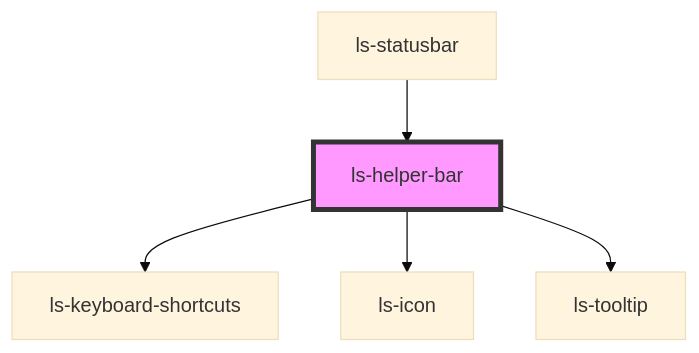
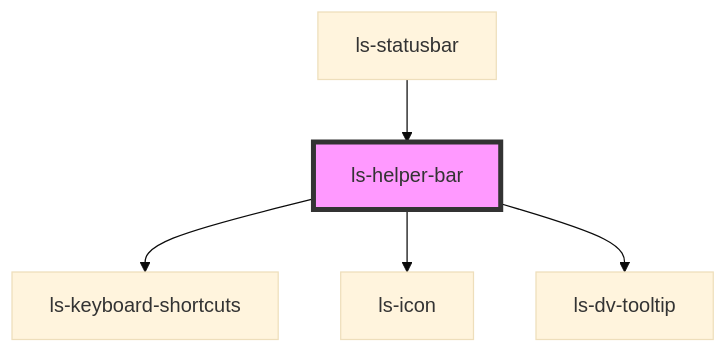
One commit to legalesign/ls-document-viewer changed the diagram in src/components/ls-helper-bar/readme.md. Above: the diagram before and after it, drawn with Mermaid (base theme). The commit also changed other lines of this file and 23 other files, not shown here.

````diff
--- a/src/components/ls-helper-bar/readme.md
+++ b/src/components/ls-helper-bar/readme.md
@@ -29,8 +29,8 @@
 ```mermaid
 graph TD;
   ls-helper-bar --> ls-keyboard-shortcuts
   ls-helper-bar --> ls-icon
-  ls-helper-bar --> ls-tooltip
+  ls-helper-bar --> ls-dv-tooltip
   ls-statusbar --> ls-helper-bar
   style ls-helper-bar fill:#f9f,stroke:#333,stroke-width:4px
 ```
````
